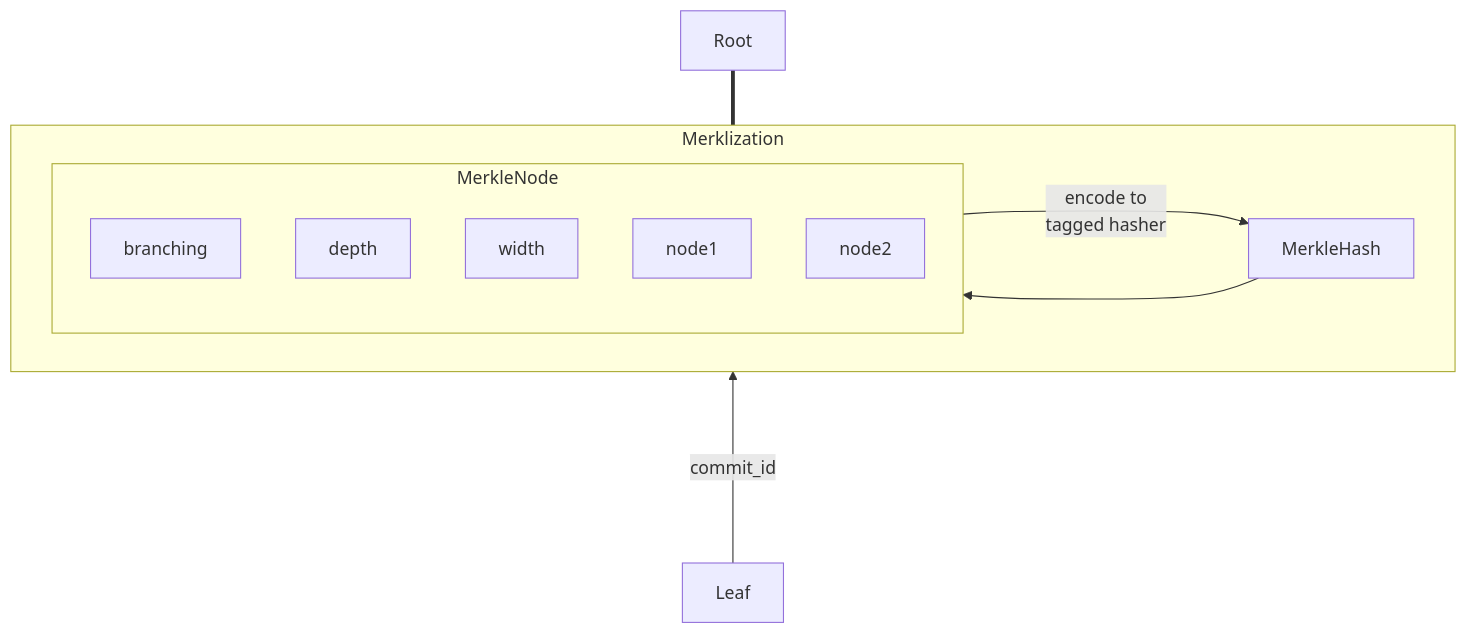
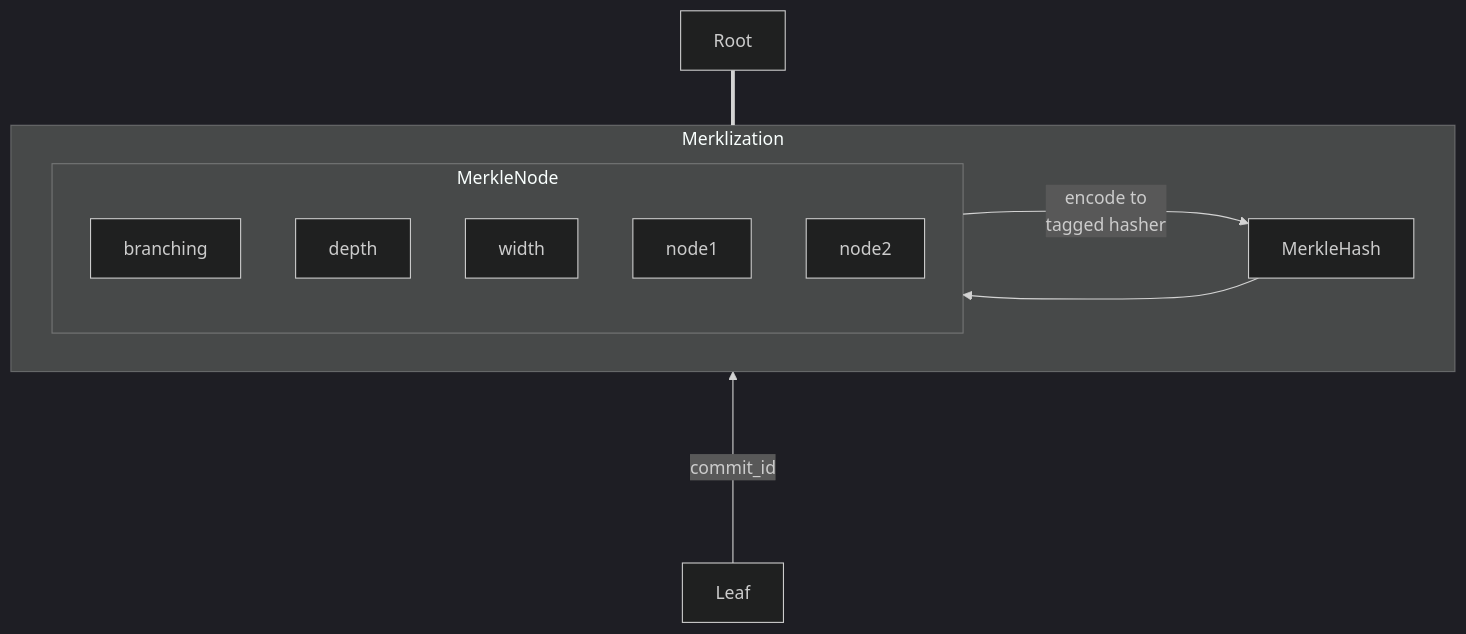
Before and after one commit to RGB-Tools/RGB-Documentation: the diagram in testpage1.md, drawn with Mermaid.

````diff
--- a/testpage1.md
+++ b/testpage1.md
@@ -10,17 +10,18 @@
 ```mermaid
+%%{init: {'theme':'dark'}}%%
 flowchart BT
     subgraph Merklization
         direction LR
         subgraph MerkleNode
             branching
             depth
             width
             node1
             node2
         end
         MerkleNode -- encode to\ntagged hasher --> MerkleHash
     end
     MerkleHash ---> MerkleNode
     MerkleHash === Root
     Leaf -- commit_id ----> MerkleHash
 ```
````
